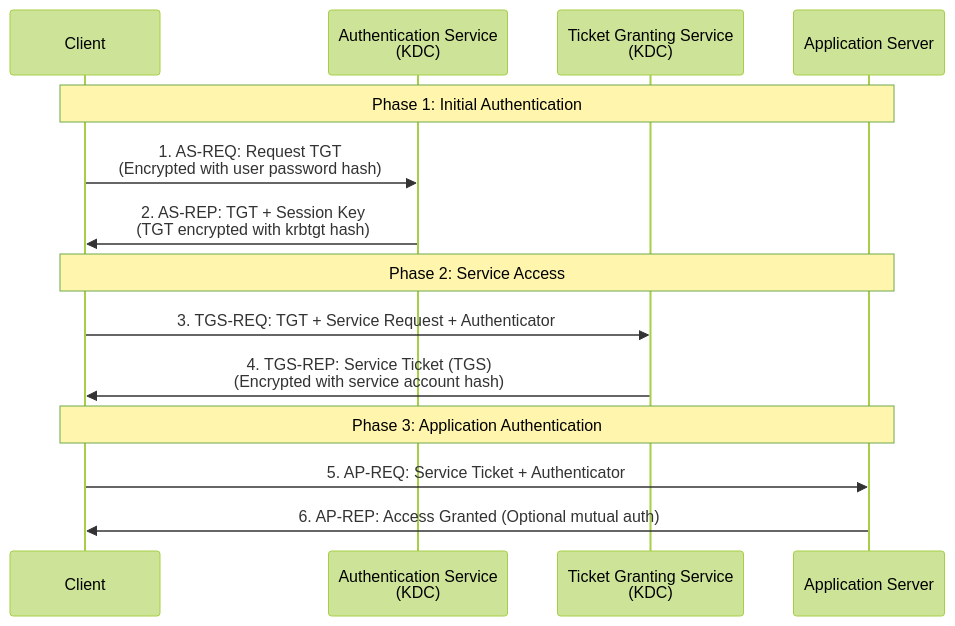
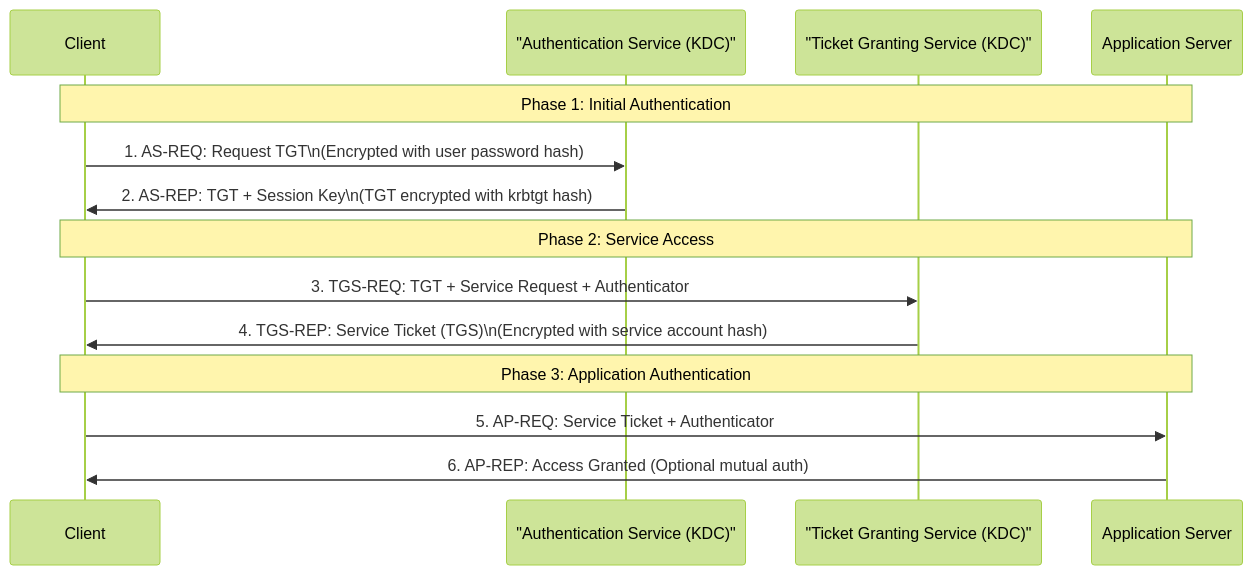
The fifth of 27 diagrams in content/study-notes/security/ethical-hacking/ActiveDirectoryPentest.md (Maverick-sudo/Academy-WebApp), drawn with Mermaid (forest theme) before and after one commit. The commit also changed other lines of this file and 204 other files, not shown here.

````diff
--- a/content/study-notes/security/ethical-hacking/ActiveDirectoryPentest.md
+++ b/content/study-notes/security/ethical-hacking/ActiveDirectoryPentest.md
@@ -310,19 +310,19 @@
 ```mermaid
 sequenceDiagram
     participant C as Client
-    participant AS as Authentication Service<br/>(KDC)
-    participant TGS as Ticket Granting Service<br/>(KDC)
+    participant AS as "Authentication Service (KDC)"
+    participant TGS as "Ticket Granting Service (KDC)"
     participant App as Application Server
 
     Note over C,App: Phase 1: Initial Authentication
-    C->>AS: 1. AS-REQ: Request TGT<br/>(Encrypted with user password hash)
-    AS->>C: 2. AS-REP: TGT + Session Key<br/>(TGT encrypted with krbtgt hash)
+    C->>AS: 1. AS-REQ: Request TGT\n(Encrypted with user password hash)
+    AS->>C: 2. AS-REP: TGT + Session Key\n(TGT encrypted with krbtgt hash)
     
     Note over C,App: Phase 2: Service Access
     C->>TGS: 3. TGS-REQ: TGT + Service Request + Authenticator
-    TGS->>C: 4. TGS-REP: Service Ticket (TGS)<br/>(Encrypted with service account hash)
+    TGS->>C: 4. TGS-REP: Service Ticket (TGS)\n(Encrypted with service account hash)
     
     Note over C,App: Phase 3: Application Authentication
     C->>App: 5. AP-REQ: Service Ticket + Authenticator
     App->>C: 6. AP-REP: Access Granted (Optional mutual auth)
 ```
````
